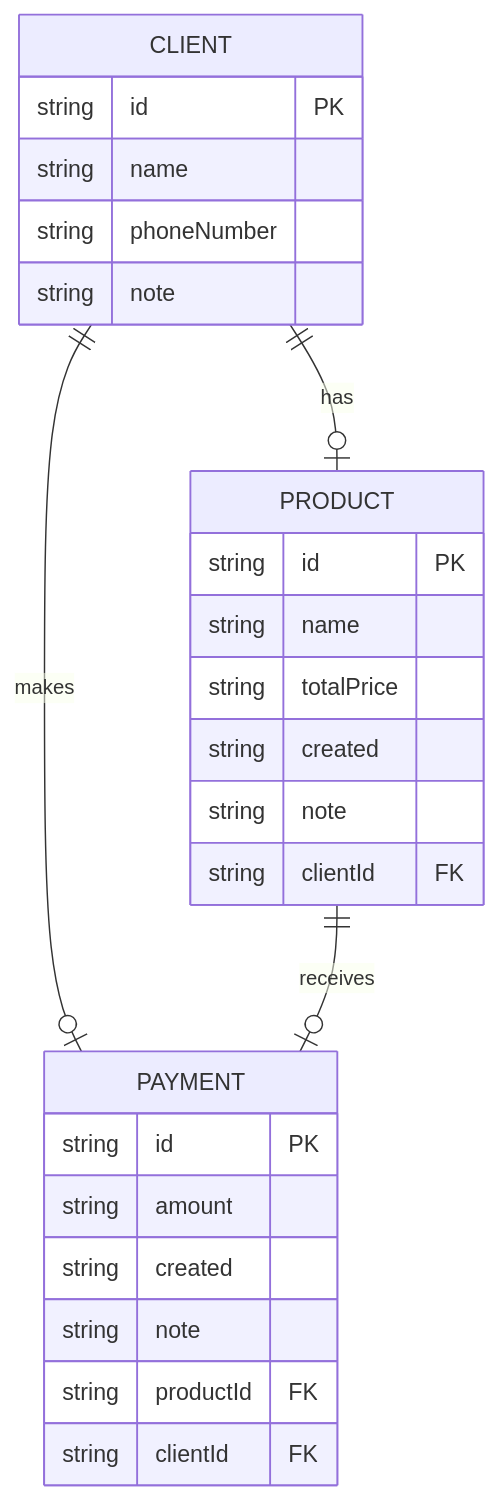
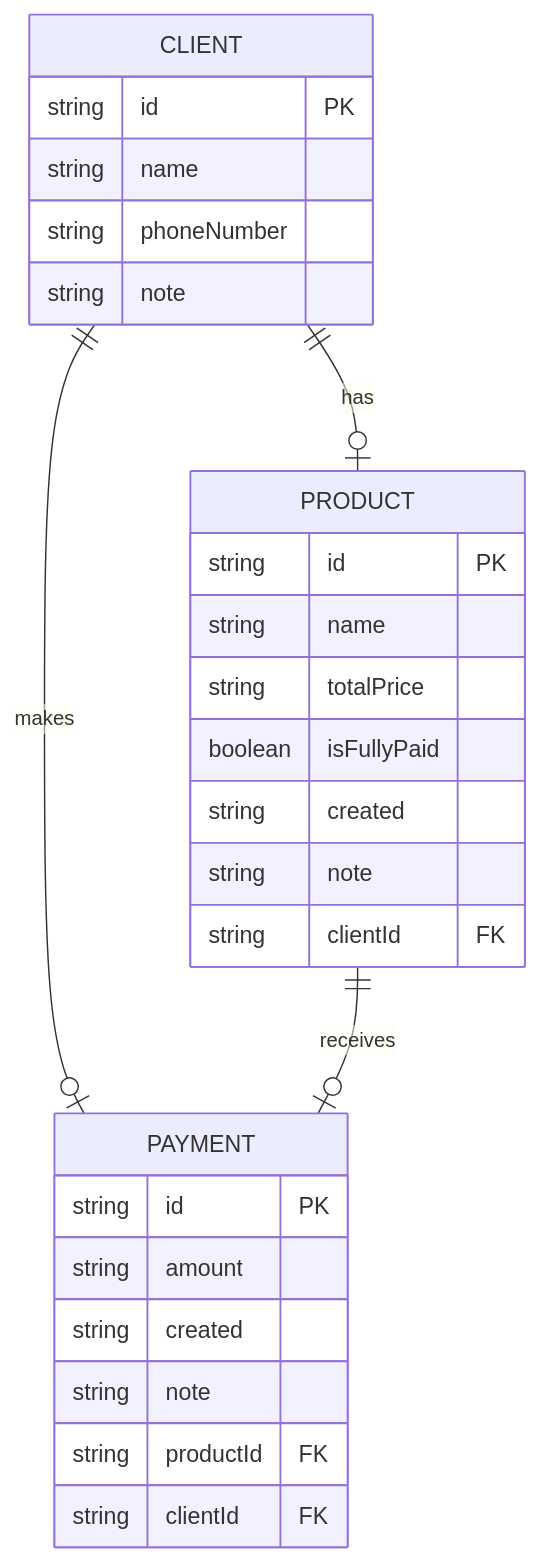
One commit to mohamedhany01/tri-mange changed the diagram in README.md. Above: the diagram before and after it, drawn with Mermaid.

Commit message:
docs: update db diagram

````diff
--- a/README.md
+++ b/README.md
@@ -186,31 +186,32 @@
 ```mermaid
 erDiagram
     CLIENT {
         string id PK
         string name
         string phoneNumber
         string note
     }
 
     PRODUCT {
         string id PK
         string name
         string totalPrice
+        boolean isFullyPaid
         string created
         string note
         string clientId FK
     }
 
     PAYMENT {
         string id PK
         string amount
         string created
         string note
         string productId FK
         string clientId FK
     }
 
     CLIENT ||--o| PRODUCT : has
     CLIENT ||--o| PAYMENT : makes
     PRODUCT ||--o| PAYMENT : receives
 ```
````
